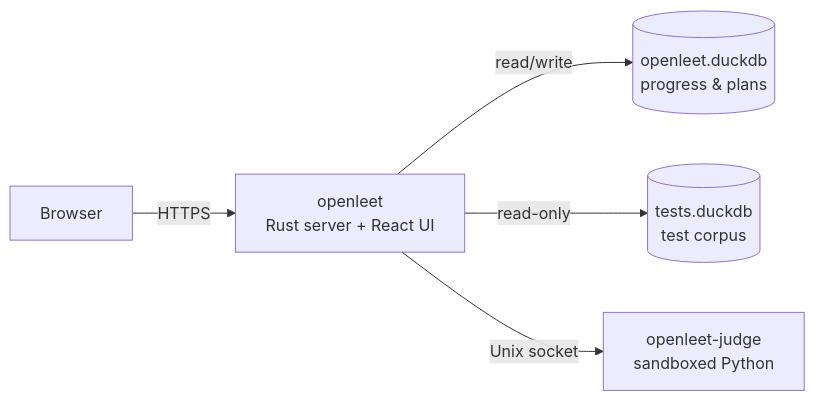
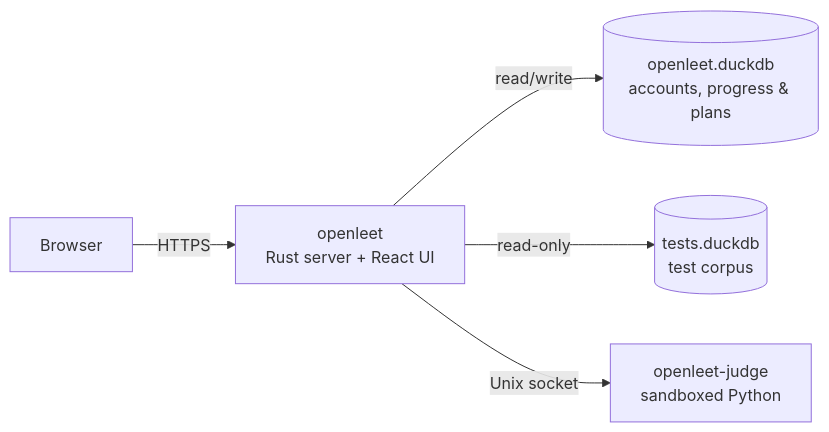
One commit to nsudhanva/openleet changed the diagram in README.md. Above: the diagram before and after it, drawn with Mermaid. The commit also changed other lines of this file and 44 other files, not shown here.

First line of the commit message:
feat(server): accounts with email and password, each with its own progress

````diff
--- a/README.md
+++ b/README.md
@@ -49,7 +57,7 @@
 ```mermaid
 flowchart LR
     B[Browser] -- HTTPS --> S["openleet<br/>Rust server + React UI"]
-    S -- read/write --> D[(openleet.duckdb<br/>progress & plans)]
+    S -- read/write --> D[(openleet.duckdb<br/>accounts, progress & plans)]
     S -- read-only --> T[(tests.duckdb<br/>test corpus)]
     S -- Unix socket --> J["openleet-judge<br/>sandboxed Python"]
 ```
````
